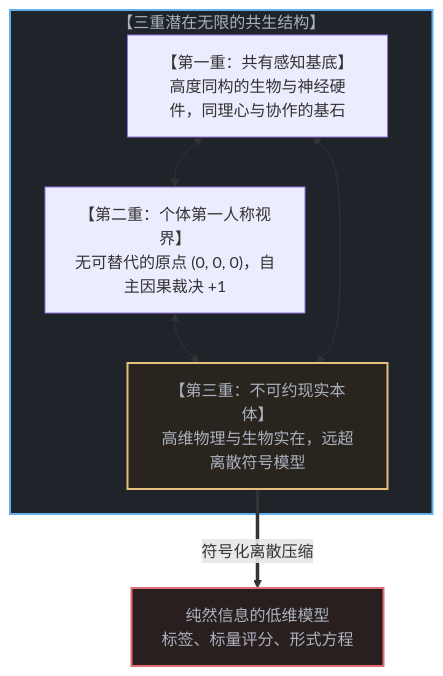
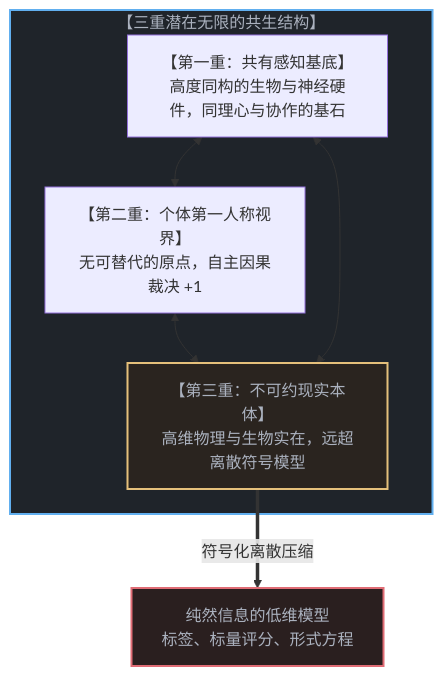
The first of 10 diagrams in content/posts/the-shadow-and-the-infinite.md (powerpig99/not-a-toe), drawn with Mermaid before and after one commit. The commit also changed other lines of this file and 15 other files, not shown here.

````diff
--- a/content/posts/the-shadow-and-the-infinite.md
+++ b/content/posts/the-shadow-and-the-infinite.md
@@ -17,18 +17,18 @@
 ```mermaid
 graph TD
     subgraph ThreefoldInfinity["【三重潜在无限的共生结构】"]
         SubstrateFold["【第一重：共有感知基底】<br>高度同构的生物与神经硬件，同理心与协作的基石"]
-        PerspectiveFold["【第二重：个体第一人称视界】<br>无可替代的原点 (0, 0, 0)，自主因果裁决 +1"]
+        PerspectiveFold["【第二重：个体第一人称视界】<br>无可替代的原点，自主因果裁决 +1"]
         TerritoryFold["【第三重：不可约现实本体】<br>高维物理与生物实在，远超离散符号模型"]
 
         SubstrateFold <--> PerspectiveFold
         PerspectiveFold <--> TerritoryFold
         SubstrateFold <--> TerritoryFold
     end
 
     TerritoryFold ==>|"符号化离散压缩"| LowDModel["纯然信息的低维模型<br>标签、标量评分、形式方程"]
 
     style ThreefoldInfinity fill:#1f242a,stroke:#61afef,stroke-width:2px,color:#abb2bf
     style TerritoryFold fill:#2a241f,stroke:#e5c07b,stroke-width:2px,color:#abb2bf
     style LowDModel fill:#2a1f1f,stroke:#e06c75,stroke-width:2px,color:#abb2bf
 ```
````
